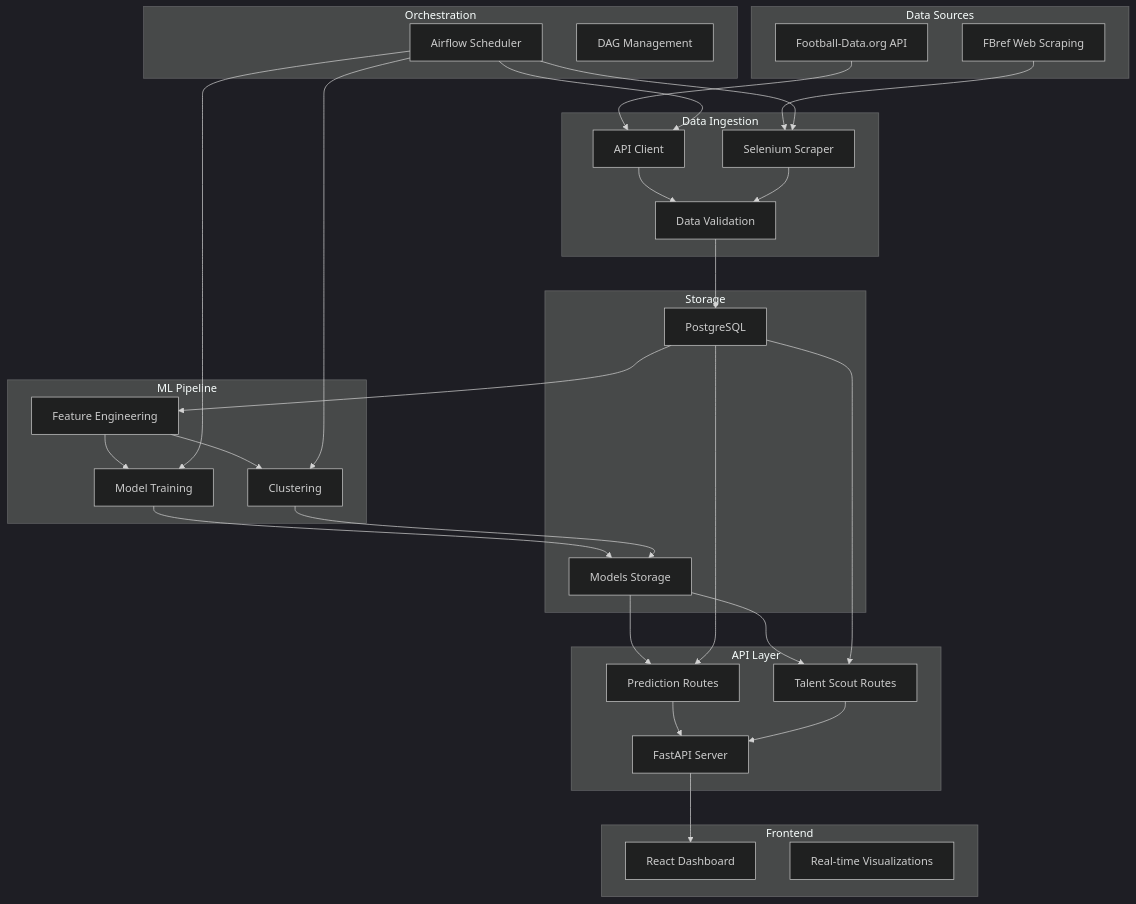
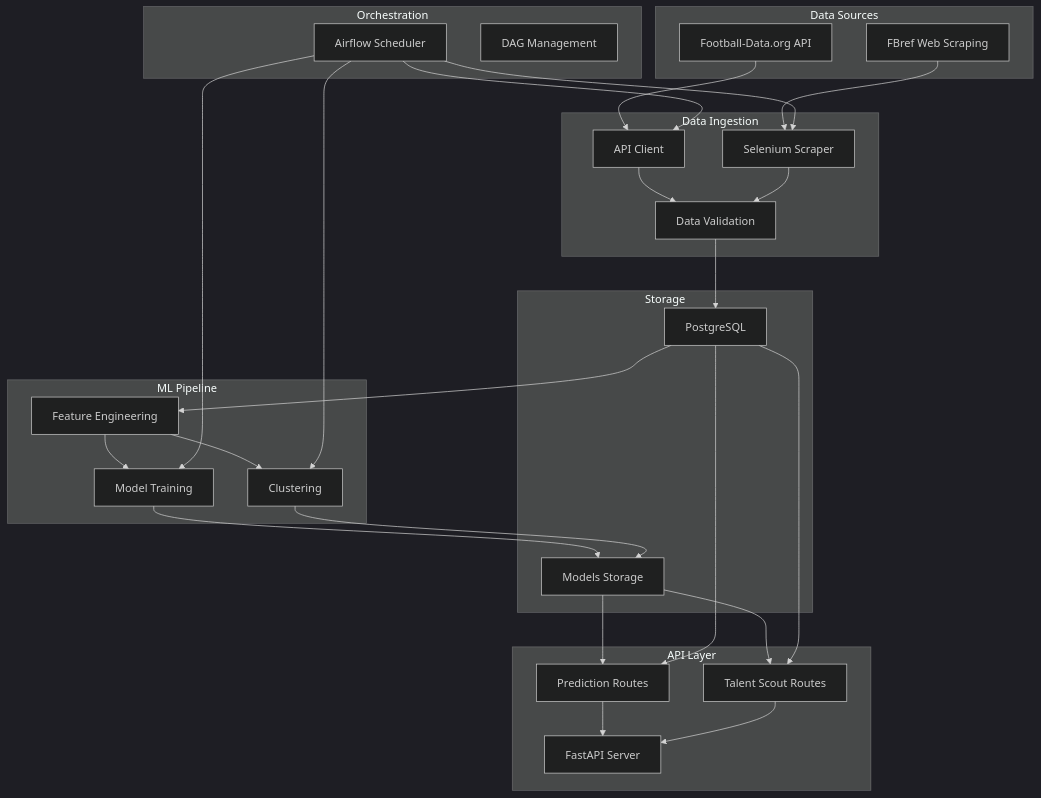
The first of 2 diagrams in README.md (sanogomamadou/FootStack-Project), drawn with Mermaid (dark theme) before and after one commit.

Commit message:
README MAJ

````diff
--- a/README.md
+++ b/README.md
@@ -3,62 +3,57 @@
 ```mermaid
 graph TB
     subgraph "Data Sources"
         A[Football-Data.org API]
         B[FBref Web Scraping]
     end
     
     subgraph "Data Ingestion"
         C[API Client]
         D[Selenium Scraper]
         E[Data Validation]
     end
     
     subgraph "Storage"
         F[PostgreSQL]
         G[Models Storage]
     end
     
     subgraph "ML Pipeline"
         H[Feature Engineering]
         I[Model Training]
         J[Clustering]
     end
     
     subgraph "API Layer"
         K[FastAPI Server]
         L[Prediction Routes]
         M[Talent Scout Routes]
     end
     
     subgraph "Orchestration"
         N[Airflow Scheduler]
         O[DAG Management]
     end
     
-    subgraph "Frontend"
-        P[React Dashboard]
-        Q[Real-time Visualizations]
-    end
     
     A --> C
     B --> D
     C --> E
     D --> E
     E --> F
     F --> H
     H --> I
     H --> J
     I --> G
     J --> G
     G --> L
     G --> M
     F --> L
     F --> M
     L --> K
     M --> K
-    K --> P
     N --> C
     N --> D
     N --> I
     N --> J
 ```
````
